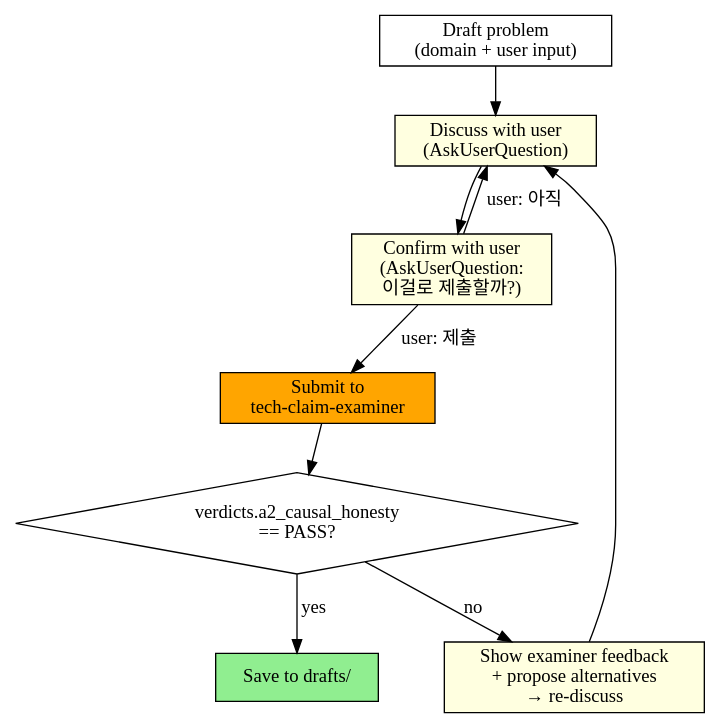
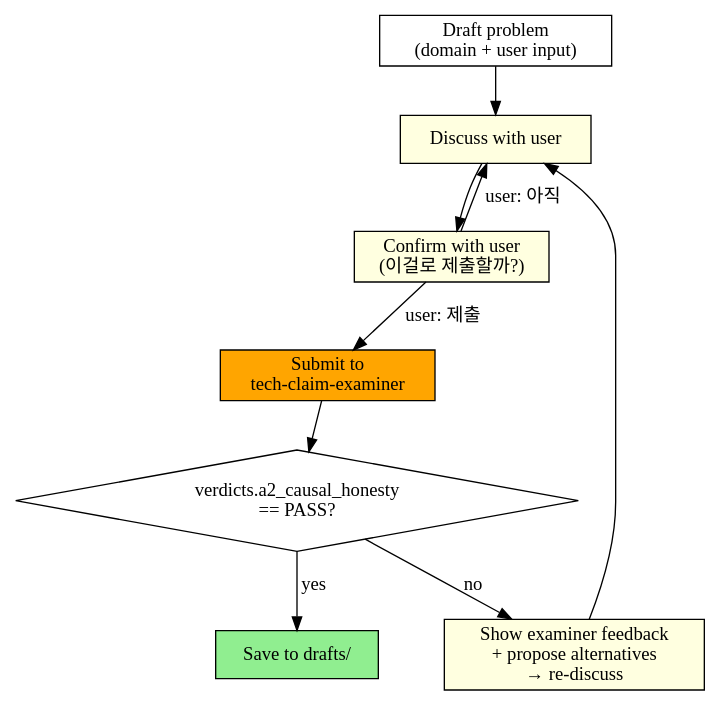
One commit to toongri/oh-my-toong-playground changed the second of 3 diagrams in skills/resume-forge/SKILL.md. Above: the diagram before and after it, drawn with Graphviz. The commit also changed other lines of this file and 4 other files, not shown here.

First line of the commit message:
refactor: clarify 등 skill의 AskUserQuestion 표현 제거

````diff
--- a/skills/resume-forge/SKILL.md
+++ b/skills/resume-forge/SKILL.md
@@ -60,21 +60,21 @@
 ```dot
 digraph loop1 {
     rankdir=TB;
     draft [shape=box, label="Draft problem\n(domain + user input)"];
-    discuss [shape=box, label="Discuss with user\n(AskUserQuestion)", style=filled, fillcolor=lightyellow];
-    confirm [shape=box, label="Confirm with user\n(AskUserQuestion:\n이걸로 제출할까?)", style=filled, fillcolor=lightyellow];
+    discuss [shape=box, label="Discuss with user", style=filled, fillcolor=lightyellow];
+    confirm [shape=box, label="Confirm with user\n(이걸로 제출할까?)", style=filled, fillcolor=lightyellow];
     exam [shape=box, label="Submit to\ntech-claim-examiner", style=filled, fillcolor=orange];
     check [shape=diamond, label="verdicts.a2_causal_honesty\n== PASS?"];
     save [shape=box, label="Save to drafts/", style=filled, fillcolor=lightgreen];
     feedback [shape=box, label="Show examiner feedback\n+ propose alternatives\n→ re-discuss", style=filled, fillcolor=lightyellow];
 
     draft -> discuss;
     discuss -> confirm;
     confirm -> exam [label="user: 제출"];
     confirm -> discuss [label="user: 아직"];
     exam -> check;
     check -> save [label="yes"];
     check -> feedback [label="no"];
     feedback -> discuss;
 }
 ```
````
